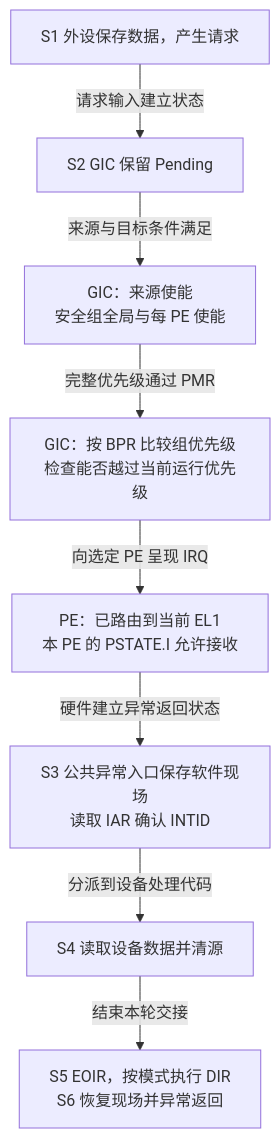
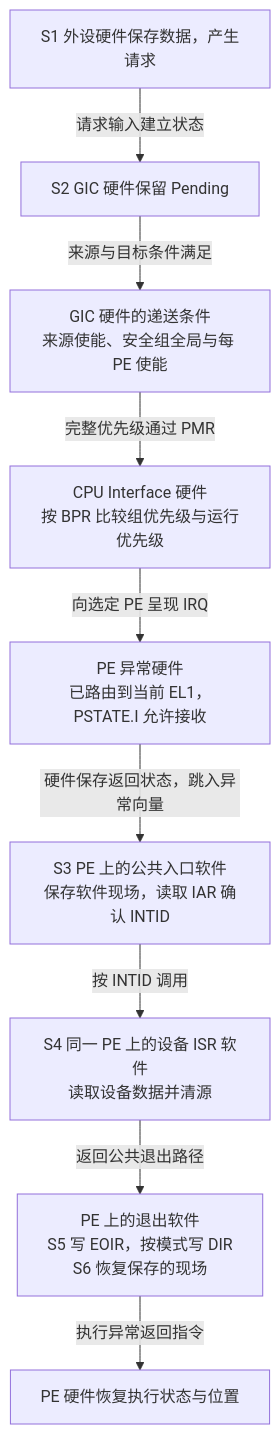
One commit to FormingSystem/linux_note changed the first of 2 diagrams in platforms/arm/architecture/gic/P05_优先级_屏蔽与嵌套处理.md. Above: the diagram before and after it, drawn with Mermaid. The commit also changed other lines of this file and 36 other files, not shown here.

````diff
--- a/platforms/arm/architecture/gic/P05_优先级_屏蔽与嵌套处理.md
+++ b/platforms/arm/architecture/gic/P05_优先级_屏蔽与嵌套处理.md
@@ -106,10 +152,11 @@
 ```mermaid
 flowchart TD
-    device["S1 外设保存数据，产生请求"] -->|"请求输入建立状态"| pending["S2 GIC 保留 Pending"]
-    pending -->|"来源与目标条件满足"| enabled["GIC：来源使能<br/>安全组全局与每 PE 使能"]
-    enabled -->|"完整优先级通过 PMR"| priority["GIC：按 BPR 比较组优先级<br/>检查能否越过当前运行优先级"]
-    priority -->|"向选定 PE 呈现 IRQ"| pe["PE：已路由到当前 EL1<br/>本 PE 的 PSTATE.I 允许接收"]
-    pe -->|"硬件建立异常返回状态"| entry["S3 公共异常入口保存软件现场<br/>读取 IAR 确认 INTID"]
-    entry -->|"分派到设备处理代码"| work["S4 读取设备数据并清源"]
-    work -->|"结束本轮交接"| finish["S5 EOIR，按模式执行 DIR<br/>S6 恢复现场并异常返回"]
+    device["S1 外设硬件保存数据，产生请求"] -->|"请求输入建立状态"| pending["S2 GIC 硬件保留 Pending"]
+    pending -->|"来源与目标条件满足"| enabled["GIC 硬件的递送条件<br/>来源使能、安全组全局与每 PE 使能"]
+    enabled -->|"完整优先级通过 PMR"| priority["CPU Interface 硬件<br/>按 BPR 比较组优先级与运行优先级"]
+    priority -->|"向选定 PE 呈现 IRQ"| pe["PE 异常硬件<br/>已路由到当前 EL1，PSTATE.I 允许接收"]
+    pe -->|"硬件保存返回状态，跳入异常向量"| entry["S3 PE 上的公共入口软件<br/>保存软件现场，读取 IAR 确认 INTID"]
+    entry -->|"按 INTID 调用"| work["S4 同一 PE 上的设备 ISR 软件<br/>读取设备数据并清源"]
+    work -->|"返回公共退出路径"| finish["PE 上的退出软件<br/>S5 写 EOIR，按模式写 DIR<br/>S6 恢复保存的现场"]
+    finish -->|"执行异常返回指令"| resume["PE 硬件恢复执行状态与位置"]
 ```
````
